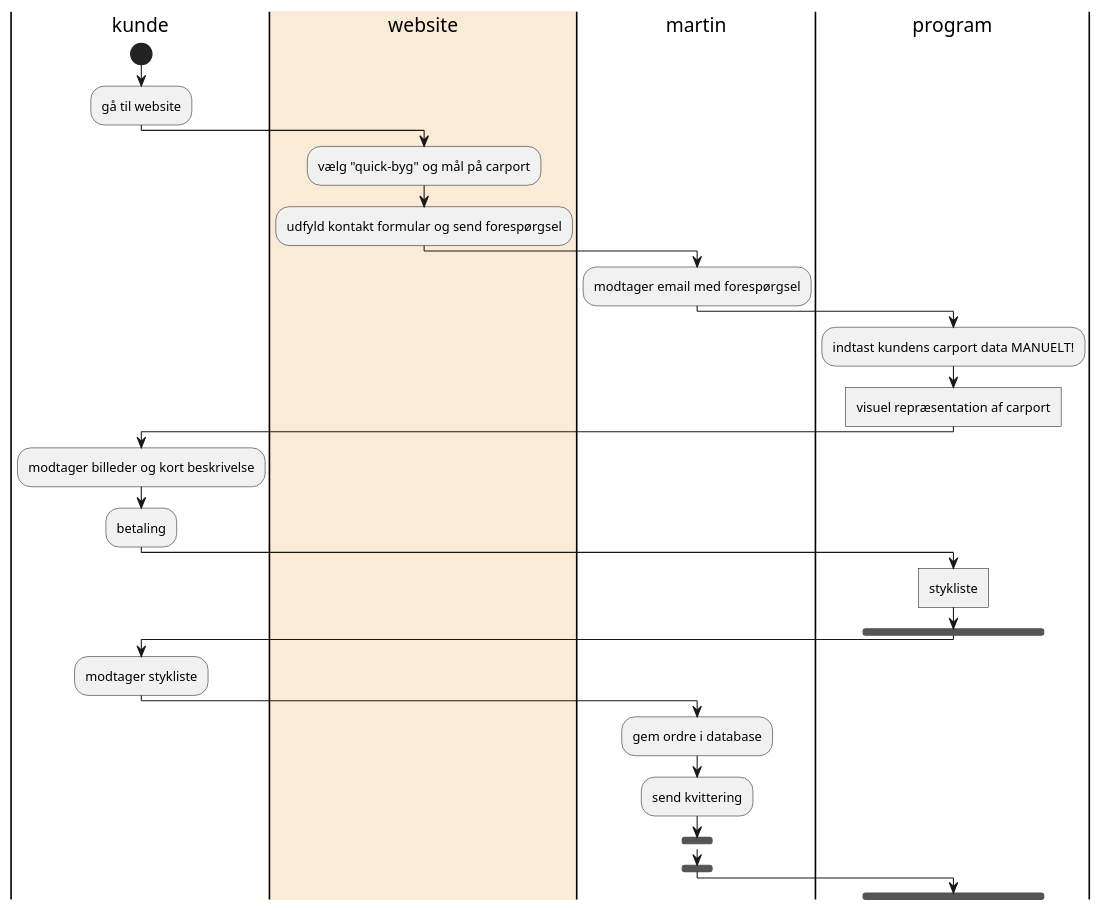
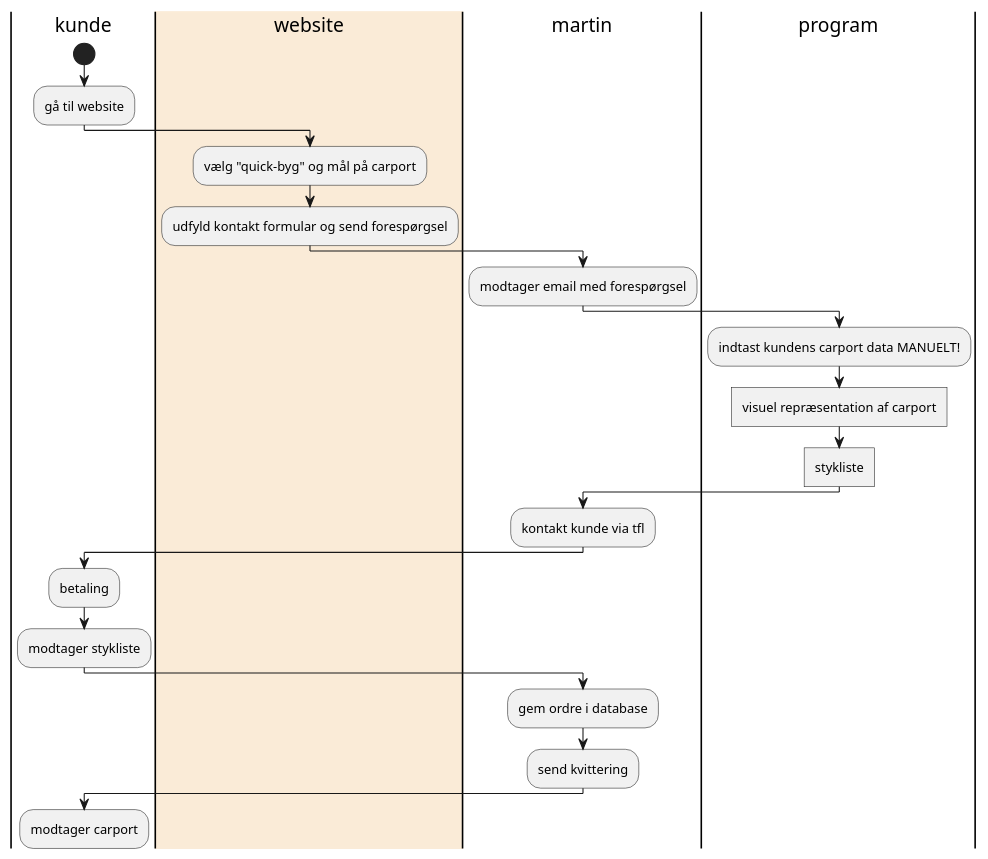
One commit to oTuff/carport changed the diagram in documentation/Activity_diagram_before.puml. Above: the diagram before and after it, drawn with PlantUML. The commit also changed 9 other files, not shown here.

```diff
--- a/documentation/Activity_diagram_before.puml
+++ b/documentation/Activity_diagram_before.puml
@@ -1,27 +1,26 @@
 @startuml
 |kunde|
 start
 :gå til website;
 |#AntiqueWhite|website|
 :vælg "quick-byg" og mål på carport;
 :udfyld kontakt formular og send forespørgsel;
 |martin|
 :modtager email med forespørgsel;
 |program|
 :indtast kundens carport data MANUELT!;
 :visuel repræsentation af carport]
+:stykliste]
+|martin|
+:kontakt kunde via tfl;
 |kunde|
-:modtager billeder og kort beskrivelse;
 :betaling;
 |program|
-:stykliste]
-fork
 |kunde|
 :modtager stykliste;
-
-|kunde|
 |martin|
 :gem ordre i database;
 :send kvittering;
-fork
+|kunde|
+:modtager carport;
 @enduml
```
